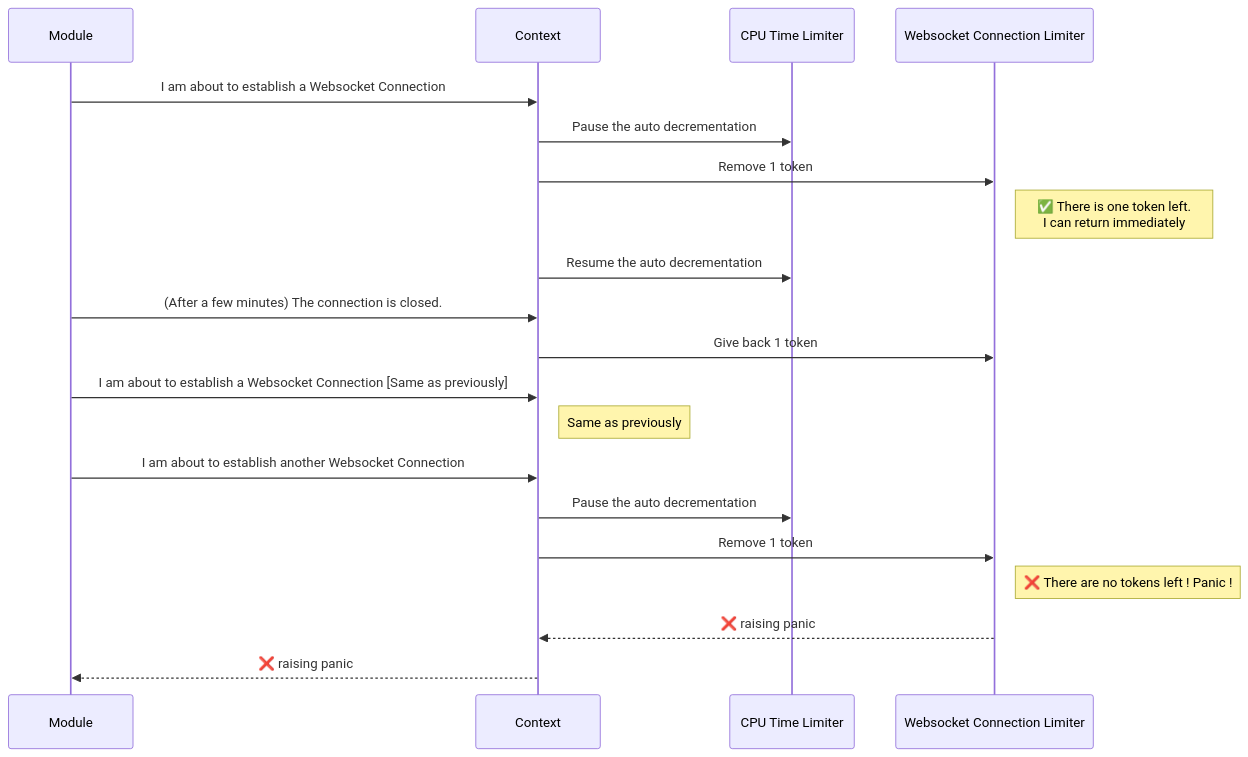
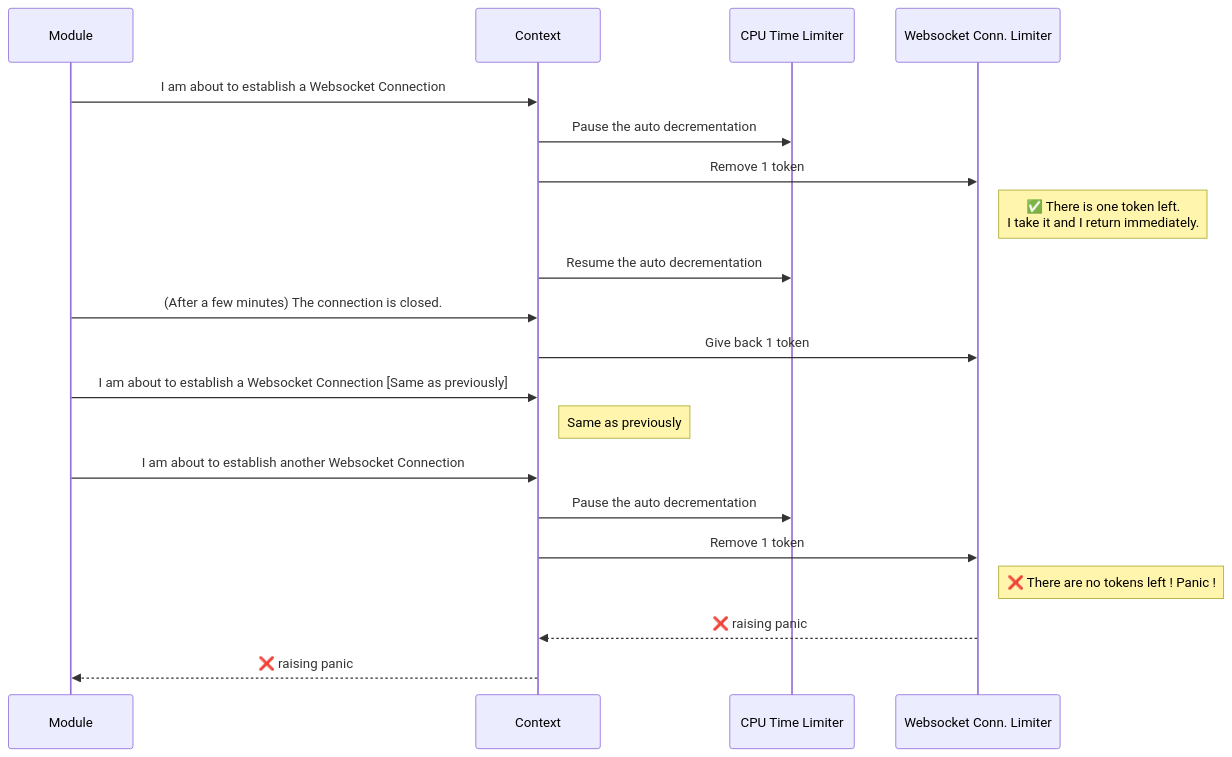
Before and after one commit to inoxlang/inox: the fifth of 6 diagrams in README.md, drawn with Mermaid. The commit also changed other lines of this file, not shown here.

````diff
--- a/README.md
+++ b/README.md
@@ -688,21 +688,21 @@
 ```mermaid
 sequenceDiagram
     Module->>Context: I am about to establish a Websocket Connection
     Context->>CPU Time Limiter: Pause the auto decrementation
-    Context->>Websocket Connection Limiter: Remove 1 token
-    Note right of Websocket Connection Limiter: ✅ There is one token left.<br/>I can return immediately
+    Context->>Websocket Conn. Limiter: Remove 1 token
+    Note right of Websocket Conn. Limiter: ✅ There is one token left.<br/>I take it and I return immediately.
     Context->>CPU Time Limiter: Resume the auto decrementation
 
     Module->>Context: (After a few minutes) The connection is closed.
-    Context->>Websocket Connection Limiter: Give back 1 token
+    Context->>Websocket Conn. Limiter: Give back 1 token
   
     Module->>Context: I am about to establish a Websocket Connection [Same as previously]
     Note right of Context: Same as previously
     Module->>Context: I am about to establish another Websocket Connection
 
     Context->>CPU Time Limiter: Pause the auto decrementation
-    Context->>Websocket Connection Limiter: Remove 1 token
-    Note right of Websocket Connection Limiter: ❌ There are no tokens left ! Panic !
-    Websocket Connection Limiter-->>Context: ❌ raising panic
+    Context->>Websocket Conn. Limiter: Remove 1 token
+    Note right of Websocket Conn. Limiter: ❌ There are no tokens left ! Panic !
+    Websocket Conn. Limiter-->>Context: ❌ raising panic
     Context-->>Module: ❌ raising panic
 ```
````
